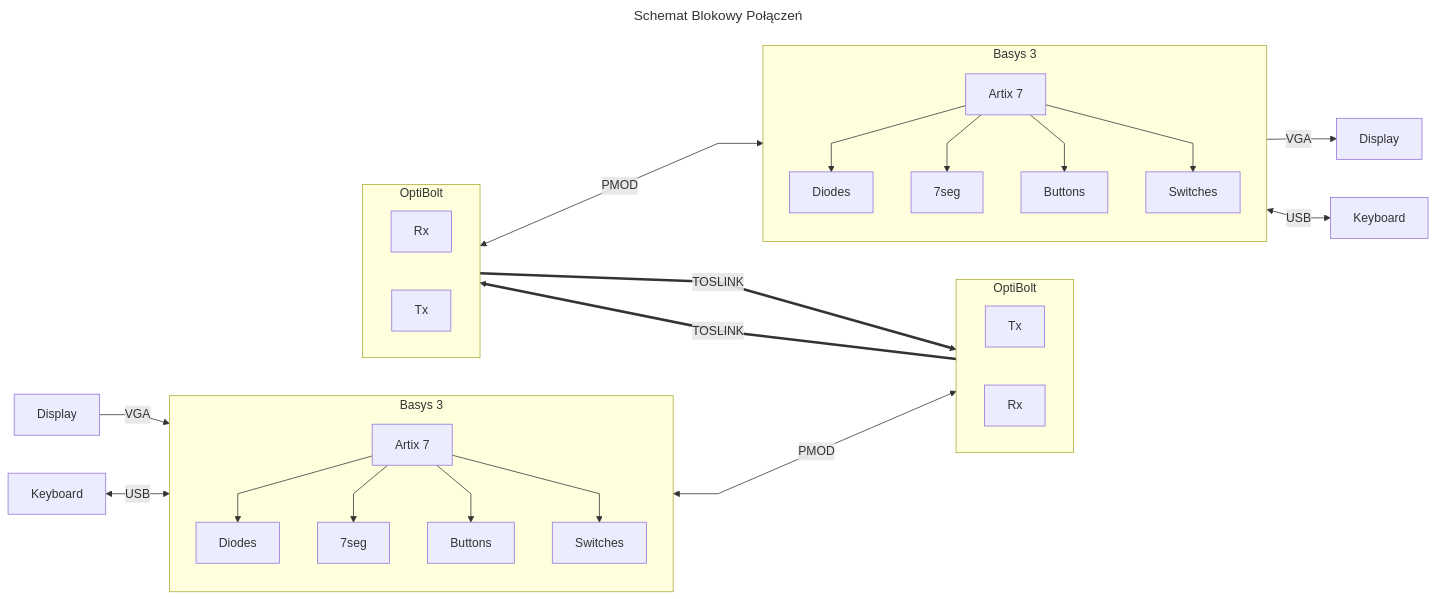
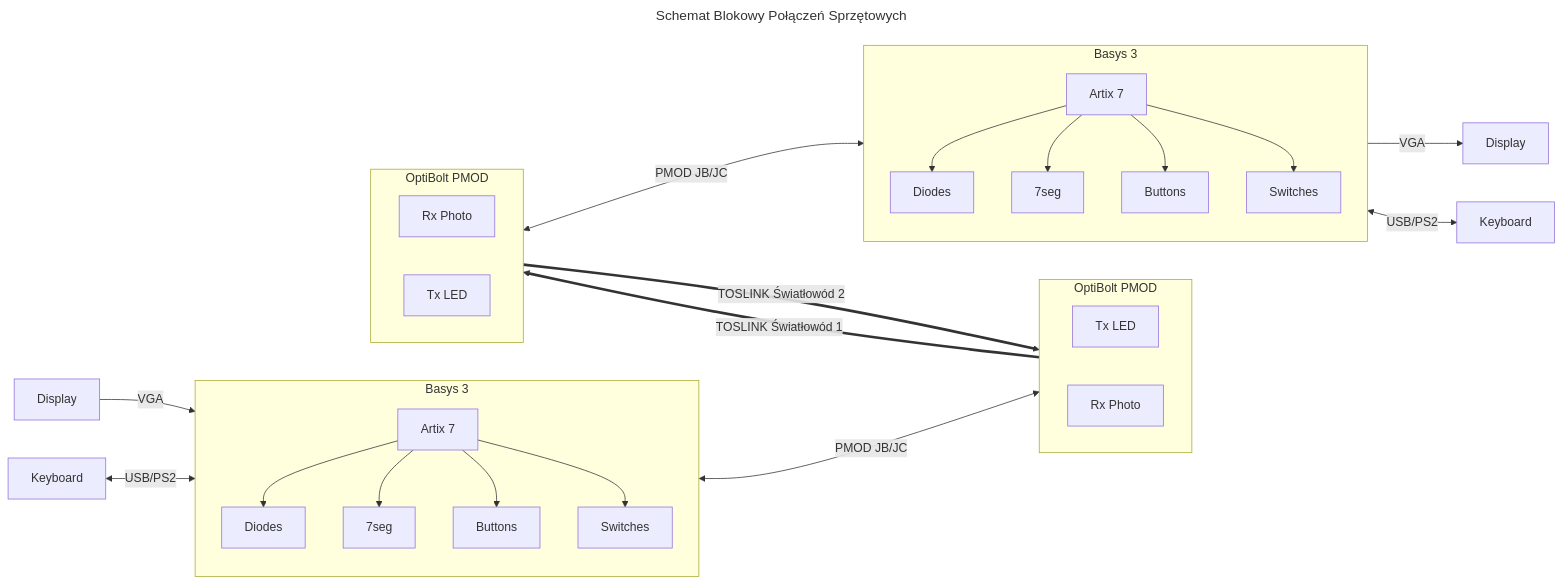
The diagram in doc/schematic/hardware_schematic.mmd (Ziemniaczenka/OptiBolt-protocol-and-evaluation), drawn with Mermaid before and after one commit. The commit also changed 6 other files, not shown here.

Commit message:
update schematics and warning summery script

```diff
--- a/doc/schematic/hardware_schematic.mmd
+++ b/doc/schematic/hardware_schematic.mmd
@@ -1,56 +1,51 @@
 ---
-title: Schemat Blokowy Połączeń
+title: Schemat Blokowy Połączeń Sprzętowych
 ---
 flowchart LR
-  %%{init: {'flowchart': {'curve': 'linear'}}}%%
-
   %% --- Left Board ---
-
   Disp1[Display] --> |VGA| Basys1 
-  Kb1[Keyboard] <--> |USB| Basys1
+  Kb1[Keyboard] <--> |USB/PS2| Basys1
 
   subgraph Basys1[Basys 3]
     direction TB
     CPU1[Artix 7]
     CPU1 --> D1[Diodes]
     CPU1 --> 7seg1[7seg]
     CPU1 --> B1[Buttons]
     CPU1 --> Sw1[Switches]
   end
 
   %% --- Left OptiBolt ---
-  subgraph OB1[OptiBolt]
+  subgraph OB1[OptiBolt PMOD]
     direction LR
-    Tx1[Tx]
-    Rx1[Rx]
+    Tx1[Tx LED]
+    Rx1[Rx Photo]
   end
 
-  Basys1 <--> |PMOD| OB1
+  Basys1 <--> |PMOD JB/JC| OB1
+
+  %% --- Central Optical Link ---
+  Tx1 ==> |TOSLINK Światłowód 1| Rx2 
+  Tx2 ==> |TOSLINK Światłowód 2| Rx1 
 
   %% --- Right OptiBolt ---
-  subgraph OB2[OptiBolt]
+  subgraph OB2[OptiBolt PMOD]
     direction LR
-    Rx2[Rx]
-    Tx2[Tx]
+    Rx2[Rx Photo]
+    Tx2[Tx LED]
   end
 
-  %% --- Central Optical Link ---
-  Tx1 ==> |TOSLINK| Rx2 
-  Rx1 ~~~  Tx2 ==> |TOSLINK| Rx1 
-  Tx2 ~~~ Rx1
-
-  OB2 <--> |PMOD| Basys2
+  OB2 <--> |PMOD JB/JC| Basys2
 
   %% --- Right Board ---
-
   subgraph Basys2[Basys 3]
     direction TB
     CPU2[Artix 7]
     CPU2 --> D2[Diodes]
     CPU2 --> 7seg2[7seg]
     CPU2 --> B2[Buttons]
     CPU2 --> Sw2[Switches]
   end
   
   Basys2 --> |VGA| Disp2[Display]
-  Basys2 <--> |USB| Kb2[Keyboard]
+  Basys2 <--> |USB/PS2| Kb2[Keyboard]
```
